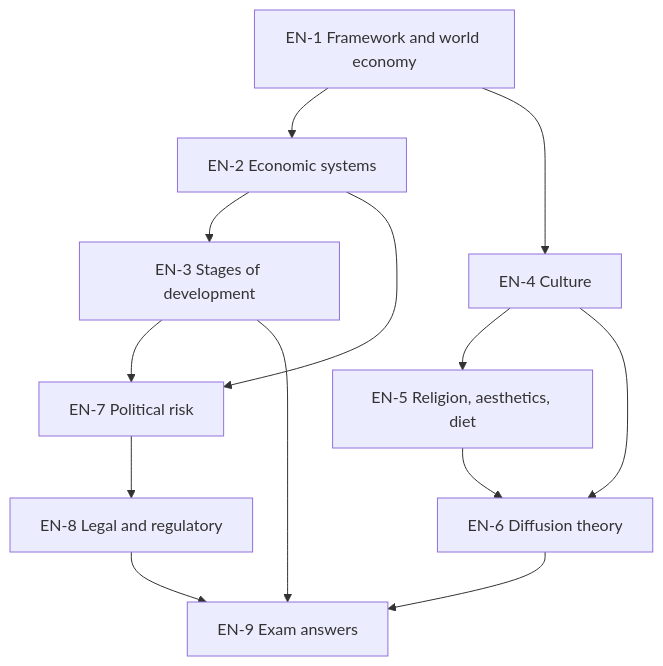
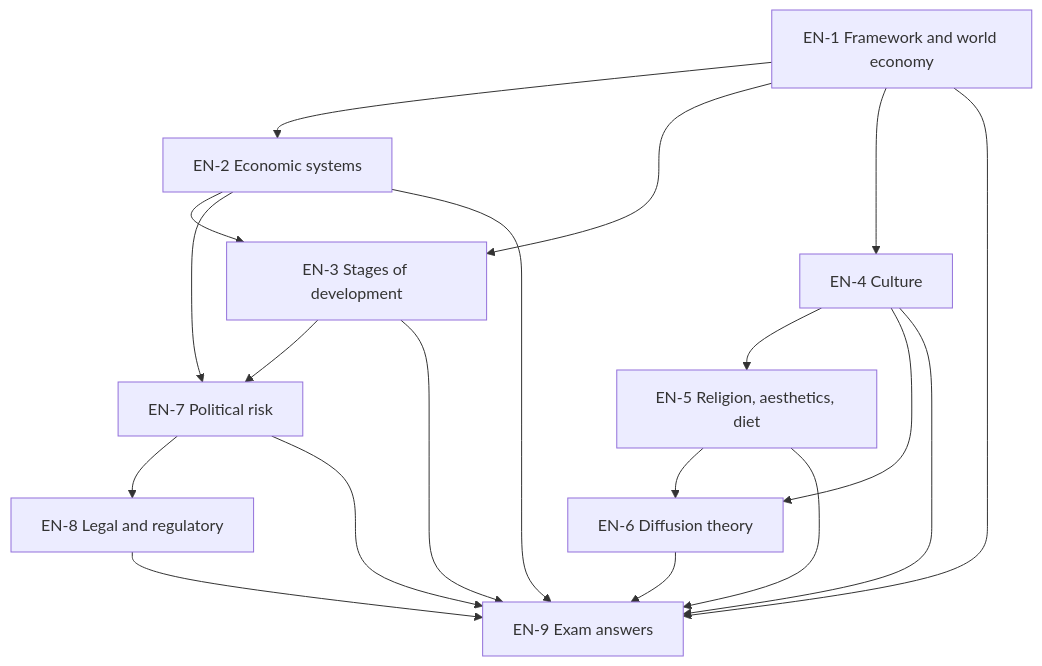
One commit to Lokiragnarock/ahhh changed the diagram in content/recall/international-marketing/International Marketing Unit 2 - Global Environment MOC (Node Map).md. Above: the diagram before and after it, drawn with Mermaid. The commit also changed other lines of this file and 6 other files, not shown here.

````diff
--- a/content/recall/international-marketing/International Marketing Unit 2 - Global Environment MOC (Node Map).md
+++ b/content/recall/international-marketing/International Marketing Unit 2 - Global Environment MOC (Node Map).md
@@ -32,15 +44,21 @@
 ```mermaid
 graph TD
     EN1["EN-1 Framework and world economy"] --> EN2["EN-2 Economic systems"]
+    EN1 --> EN3
     EN1 --> EN4["EN-4 Culture"]
     EN2 --> EN3["EN-3 Stages of development"]
     EN4 --> EN5["EN-5 Religion, aesthetics, diet"]
     EN4 --> EN6["EN-6 Diffusion theory"]
     EN5 --> EN6
     EN2 --> EN7["EN-7 Political risk"]
     EN3 --> EN7
     EN7 --> EN8["EN-8 Legal and regulatory"]
-    EN3 --> EN9["EN-9 Exam answers"]
+    EN1 --> EN9["EN-9 Exam answers"]
+    EN2 --> EN9
+    EN3 --> EN9
+    EN4 --> EN9
+    EN5 --> EN9
     EN6 --> EN9
+    EN7 --> EN9
     EN8 --> EN9
 ```
````
